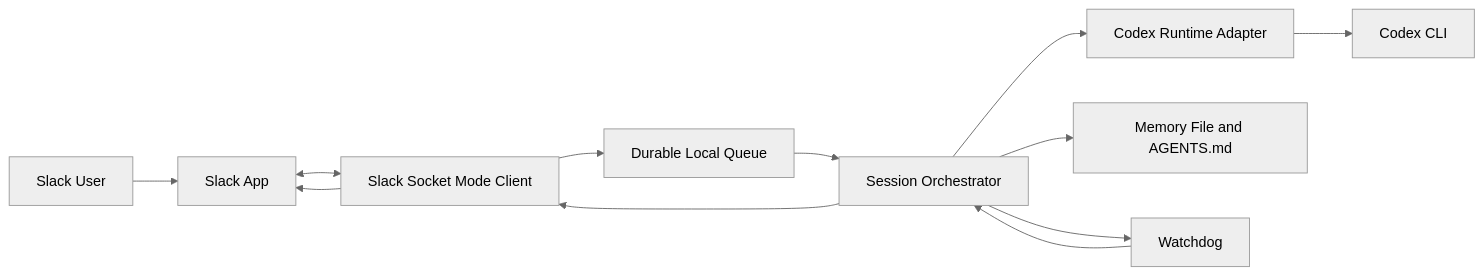
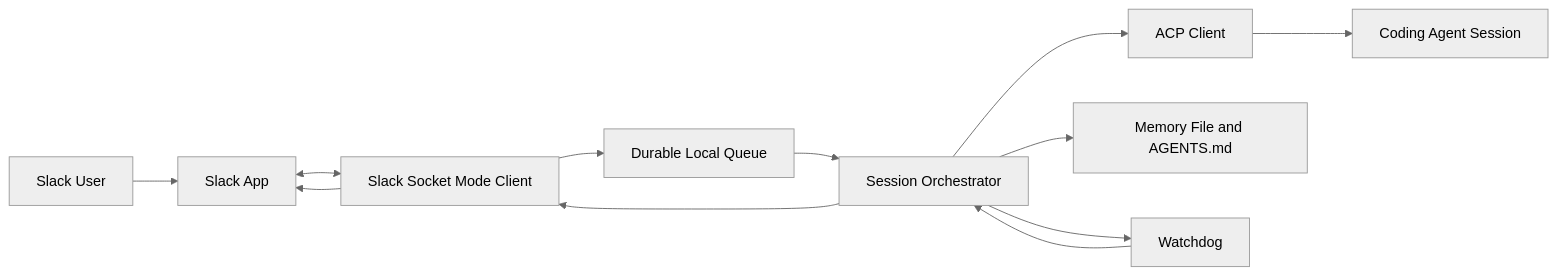
One commit to kwang2049/coderclaw changed the diagram in README.md. Above: the diagram before and after it, drawn with Mermaid (neutral theme). The commit also changed other lines of this file and 15 other files, not shown here.

Commit message:
Shift agent boundary toward ACP sessions

````diff
--- a/README.md
+++ b/README.md
@@ -33,14 +34,14 @@
 ```mermaid
 flowchart LR
     U[Slack User] --> S[Slack App]
     S <--> A[Slack Socket Mode Client]
     A --> Q[Durable Local Queue]
     Q --> O[Session Orchestrator]
-    O --> R[Codex Runtime Adapter]
-    R --> X[Codex CLI]
+    O --> A2[ACP Client]
+    A2 --> X[Coding Agent Session]
     O --> M[Memory File and AGENTS.md]
     O --> W[Watchdog]
     W --> O
     O --> A
     A --> S
 ```
````
